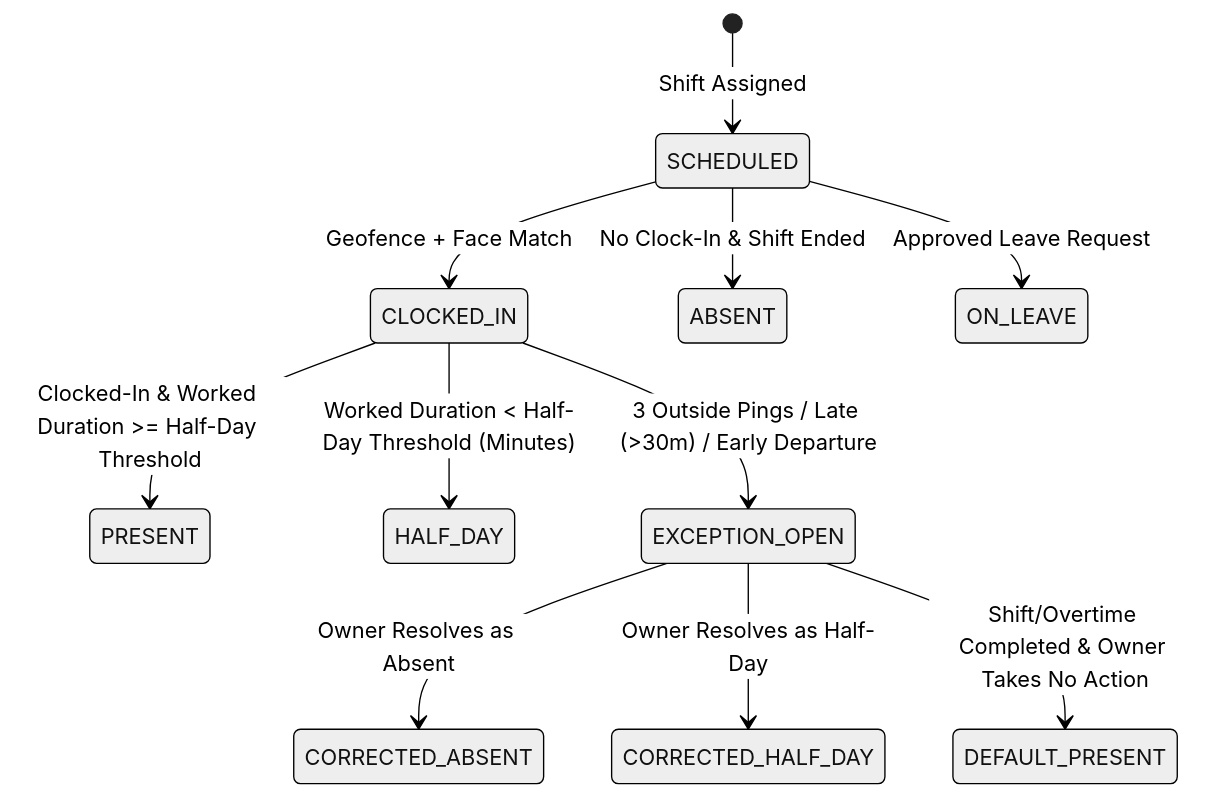
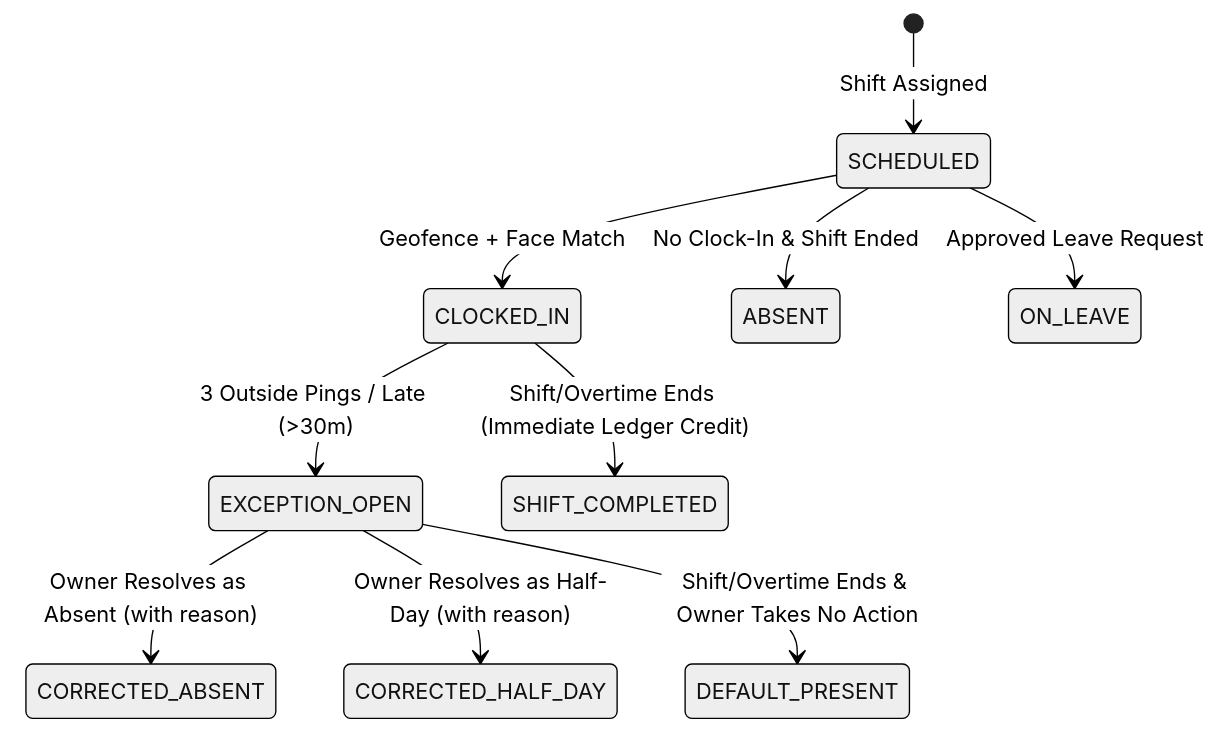
The diagram in docs/ATTENDANCE_RULES.md (Sahin00789/presence-android-app), drawn with Mermaid (neutral theme) before and after one commit. The commit also changed other lines of this file and 136 other files, not shown here.

````diff
--- a/docs/ATTENDANCE_RULES.md
+++ b/docs/ATTENDANCE_RULES.md
@@ -5,15 +5,15 @@
 ```mermaid
 stateDiagram-v2
     [*] --> SCHEDULED : Shift Assigned
     SCHEDULED --> CLOCKED_IN : Geofence + Face Match
     SCHEDULED --> ABSENT : No Clock-In & Shift Ended
     SCHEDULED --> ON_LEAVE : Approved Leave Request
 
-    CLOCKED_IN --> PRESENT : Clocked-In & Worked Duration >= Half-Day Threshold
-    CLOCKED_IN --> HALF_DAY : Worked Duration < Half-Day Threshold (Minutes)
-    CLOCKED_IN --> EXCEPTION_OPEN : 3 Outside Pings / Late (>30m) / Early Departure
+    CLOCKED_IN --> EXCEPTION_OPEN : 3 Outside Pings / Late (>30m)
 
-    EXCEPTION_OPEN --> CORRECTED_ABSENT : Owner Resolves as Absent
-    EXCEPTION_OPEN --> CORRECTED_HALF_DAY : Owner Resolves as Half-Day
-    EXCEPTION_OPEN --> DEFAULT_PRESENT : Shift/Overtime Completed & Owner Takes No Action
+    EXCEPTION_OPEN --> CORRECTED_ABSENT : Owner Resolves as Absent (with reason)
+    EXCEPTION_OPEN --> CORRECTED_HALF_DAY : Owner Resolves as Half-Day (with reason)
+    EXCEPTION_OPEN --> DEFAULT_PRESENT : Shift/Overtime Ends & Owner Takes No Action
+
+    CLOCKED_IN --> SHIFT_COMPLETED : Shift/Overtime Ends (Immediate Ledger Credit)
 ```
````
